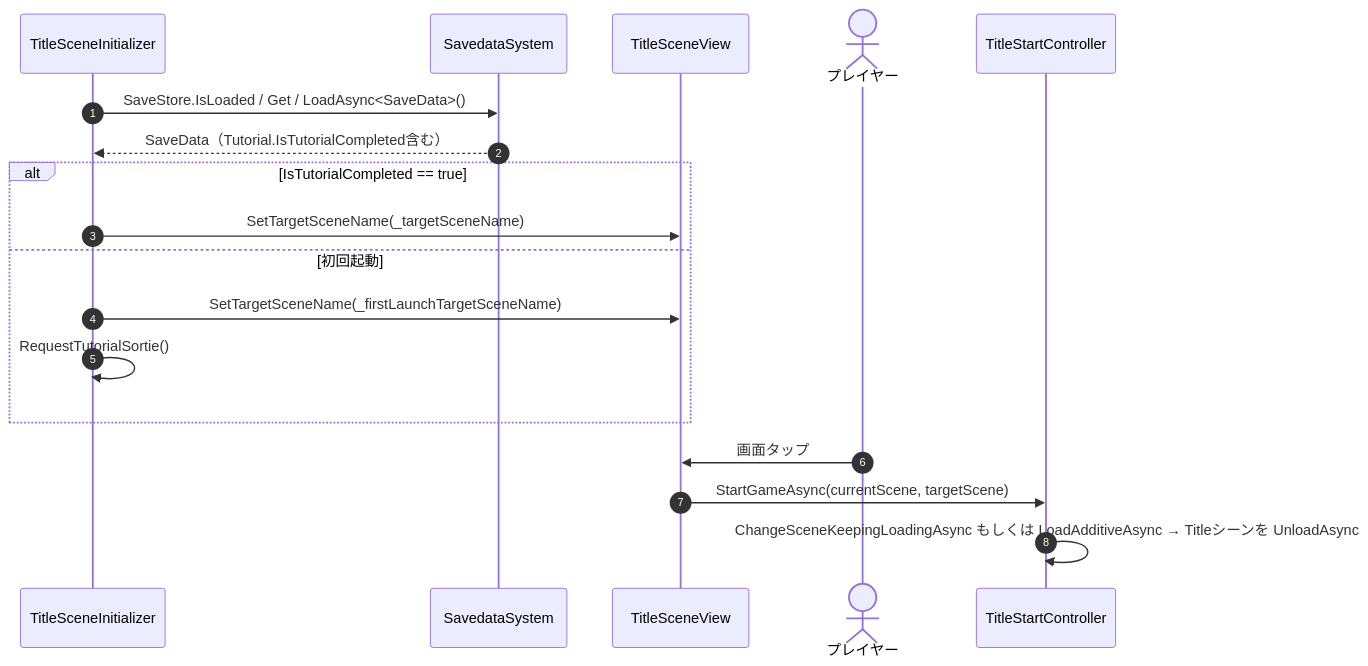
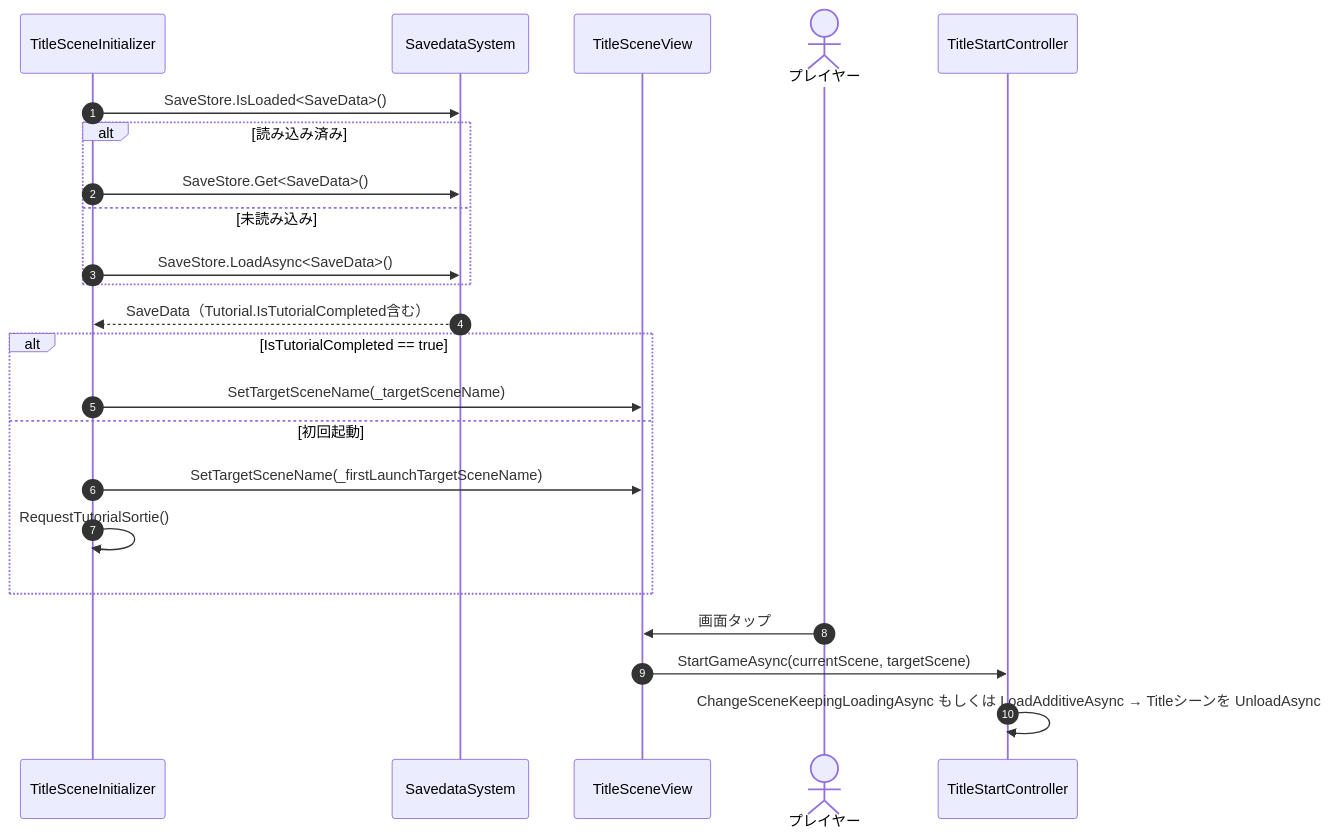
The second of 3 diagrams in Assets/Docs/ScriptsDocs/Modules/NotionModuleDocs/Title.md (HIBIKI5201/SymphonyKillChord), drawn with Mermaid before and after one commit. The commit also changed other lines of this file and 17 other files, not shown here.

````diff
--- a/Assets/Docs/ScriptsDocs/Modules/NotionModuleDocs/Title.md
+++ b/Assets/Docs/ScriptsDocs/Modules/NotionModuleDocs/Title.md
@@ -129,21 +129,26 @@
 ```mermaid
 sequenceDiagram
     autonumber
     participant Init as TitleSceneInitializer
     participant Save as SavedataSystem
     participant View as TitleSceneView
     actor Player as プレイヤー
     participant StartCtrl as TitleStartController
 
-    Init ->> Save: SaveStore.IsLoaded / Get / LoadAsync<SaveData>()
+    Init ->> Save: SaveStore.IsLoaded<SaveData>()
+    alt 読み込み済み
+        Init ->> Save: SaveStore.Get<SaveData>()
+    else 未読み込み
+        Init ->> Save: SaveStore.LoadAsync<SaveData>()
+    end
     Save -->> Init: SaveData（Tutorial.IsTutorialCompleted含む）
     alt IsTutorialCompleted == true
         Init ->> View: SetTargetSceneName(_targetSceneName)
     else 初回起動
         Init ->> View: SetTargetSceneName(_firstLaunchTargetSceneName)
         Init ->> Init: RequestTutorialSortie()
     end
     Player ->> View: 画面タップ
     View ->> StartCtrl: StartGameAsync(currentScene, targetScene)
     StartCtrl ->> StartCtrl: ChangeSceneKeepingLoadingAsync もしくは LoadAdditiveAsync → Titleシーンを UnloadAsync
 ```
````
